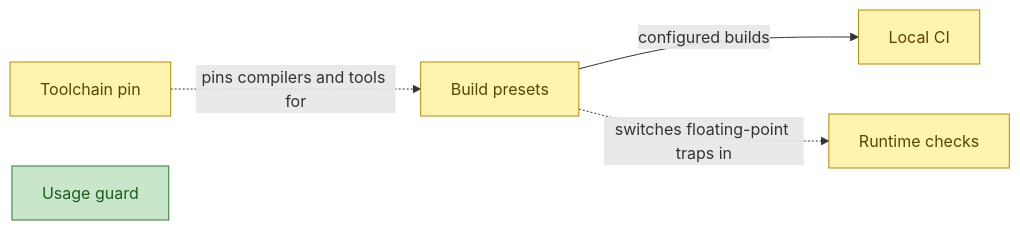
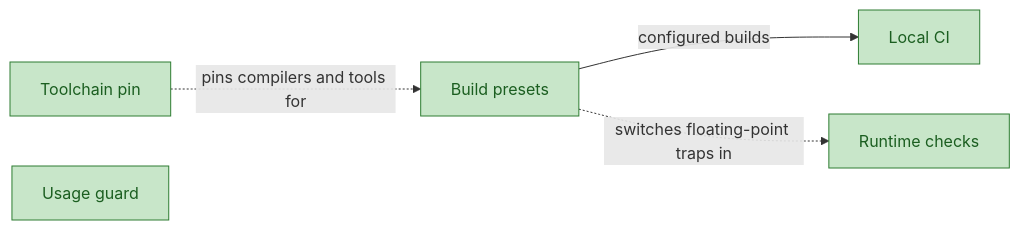
Diagram 15 of 15 in Planning/DBC/CONCEPTS.md (aurja130/URUS), drawn with Mermaid before and after one commit. The commit also changed other lines of this file and 4 other files, not shown here.

````diff
--- a/Planning/DBC/CONCEPTS.md
+++ b/Planning/DBC/CONCEPTS.md
@@ -381,13 +380,12 @@
 ```mermaid
 flowchart LR
 classDef implemented fill:#c8e6c9,stroke:#2e7d32,color:#1b5e20
 classDef partial fill:#fff3b0,stroke:#b58900,color:#5c4400
 classDef planned stroke-dasharray:6 4
 classDef external fill:#eeeeee,stroke:#9e9e9e,stroke-dasharray:1 3,color:#616161
 ToolchainPin["Toolchain pin"] -.->|pins compilers and tools for| BuildPresets["Build presets"]
 BuildPresets -->|configured builds| LocalCi["Local CI"]
 UsageGuard["Usage guard"]
 BuildPresets -.->|switches floating-point traps in| RuntimeChecks["Runtime checks"]
-class UsageGuard implemented
-class ToolchainPin,BuildPresets,LocalCi,RuntimeChecks partial
+class UsageGuard,ToolchainPin,BuildPresets,LocalCi,RuntimeChecks implemented
 ```
````
